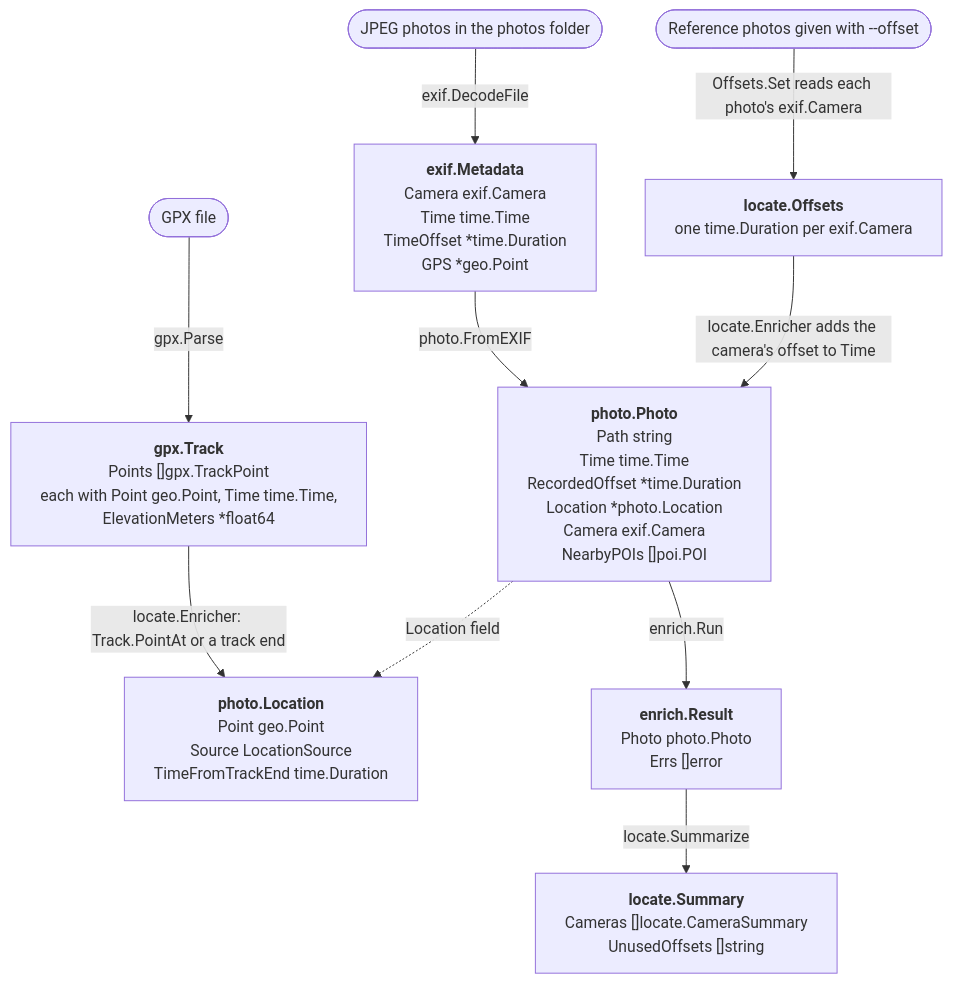
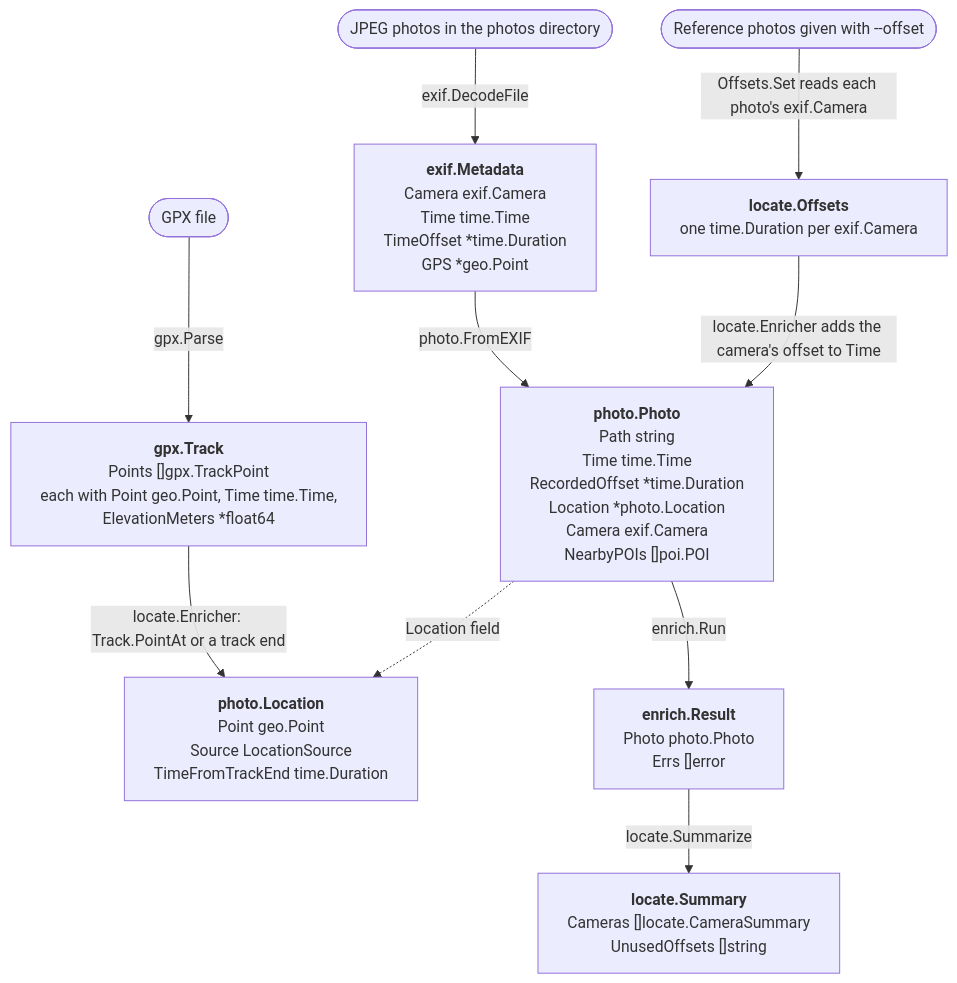
One commit to sh531/retrace changed the diagram in README.md. Above: the diagram before and after it, drawn with Mermaid. The commit also changed other lines of this file and 17 other files, not shown here.

````diff
--- a/README.md
+++ b/README.md
@@ -58,31 +103,31 @@
 ```mermaid
 ---
 config:
   flowchart:
     wrappingWidth: 400
 ---
 flowchart TD
-    jpegs(["JPEG photos in the photos folder"])
+    jpegs(["JPEG photos in the photos directory"])
     gpxFile(["GPX file"])
     refPhotos(["Reference photos given with --offset"])
 
     Metadata["<b>exif.Metadata</b><br/>Camera exif.Camera<br/>Time time.Time<br/>TimeOffset *time.Duration<br/>GPS *geo.Point"]
     Photo["<b>photo.Photo</b><br/>Path string<br/>Time time.Time<br/>RecordedOffset *time.Duration<br/>Location *photo.Location<br/>Camera exif.Camera<br/>NearbyPOIs []poi.POI"]
     Location["<b>photo.Location</b><br/>Point geo.Point<br/>Source LocationSource<br/>TimeFromTrackEnd time.Duration"]
     Track["<b>gpx.Track</b><br/>Points []gpx.TrackPoint<br/>each with Point geo.Point, Time time.Time,<br/>ElevationMeters *float64"]
     Offsets["<b>locate.Offsets</b><br/>one time.Duration per exif.Camera"]
     Result["<b>enrich.Result</b><br/>Photo photo.Photo<br/>Errs []error"]
     Summary["<b>locate.Summary</b><br/>Cameras []locate.CameraSummary<br/>UnusedOffsets []string"]
 
     jpegs -->|exif.DecodeFile| Metadata
     Metadata -->|photo.FromEXIF| Photo
     gpxFile -->|gpx.Parse| Track
     refPhotos -->|"Offsets.Set reads each photo's exif.Camera"| Offsets
 
     Offsets -->|"locate.Enricher adds the camera's offset to Time"| Photo
     Track -->|"locate.Enricher: Track.PointAt or a track end"| Location
     Photo -.->|"Location field"| Location
 
     Photo -->|enrich.Run| Result
     Result -->|locate.Summarize| Summary
 ```
````
